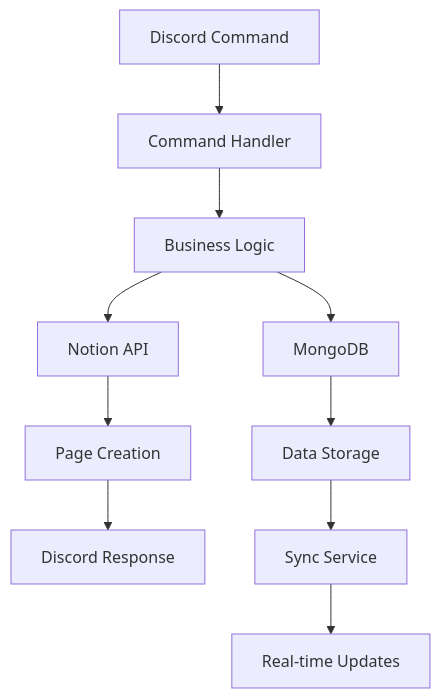
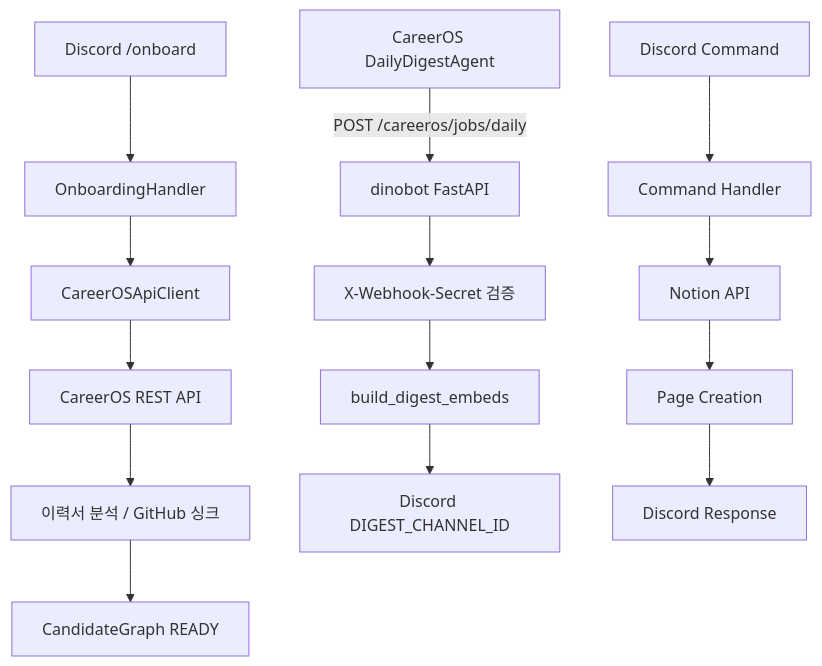
The diagram in README.md (leebeanbin/dinobot), drawn with Mermaid before and after one commit. The commit also changed other lines of this file and 2 other files, not shown here.

Commit message:
docs: add CareerOS integration guide; update README and COMMANDS with new slash commands and webhook

````diff
--- a/README.md
+++ b/README.md
@@ -554,12 +659,18 @@
 ```mermaid
 graph TD
-    A[Discord Command] --> B[Command Handler]
-    B --> C[Business Logic]
-    C --> D[Notion API]
-    C --> E[MongoDB]
-    D --> F[Page Creation]
-    E --> G[Data Storage]
-    F --> H[Discord Response]
-    G --> I[Sync Service]
-    I --> J[Real-time Updates]
+    A[Discord /onboard] --> B[OnboardingHandler]
+    B --> C[CareerOSApiClient]
+    C --> D[CareerOS REST API]
+    D --> E[이력서 분석 / GitHub 싱크]
+    E --> F[CandidateGraph READY]
+
+    G[CareerOS DailyDigestAgent] -->|POST /careeros/jobs/daily| H[dinobot FastAPI]
+    H --> I[X-Webhook-Secret 검증]
+    I --> J[build_digest_embeds]
+    J --> K[Discord DIGEST_CHANNEL_ID]
+
+    L[Discord Command] --> M[Command Handler]
+    M --> N[Notion API]
+    N --> O[Page Creation]
+    O --> P[Discord Response]
 ```
````
